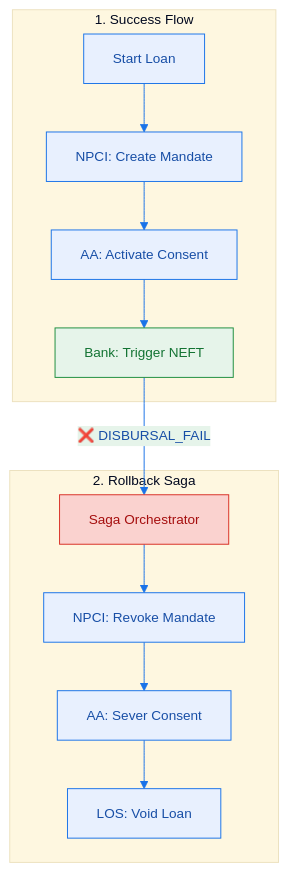
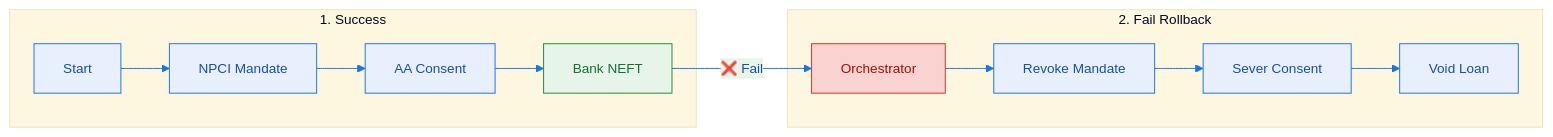
The diagram in cases/tier-1-core/02-b2b-bnpl-checkout/solution.md (VIKAS9793/FinTech-Hub), drawn with Mermaid before and after one commit. The commit also changed other lines of this file and 2 other files, not shown here.

Commit message:
Docs: Complete redesign of architectural diagrams for Horizontal (LR) aspect and high reachability

````diff
--- a/cases/tier-1-core/02-b2b-bnpl-checkout/solution.md
+++ b/cases/tier-1-core/02-b2b-bnpl-checkout/solution.md
@@ -8,31 +8,31 @@
 ```mermaid
 ---
 config:
   theme: base
   themeVariables:
     primaryColor: "#E8F0FE"
     primaryTextColor: "#174EA6"
     primaryBorderColor: "#1A73E8"
     lineColor: "#1A73E8"
     secondaryColor: "#E6F4EA"
     tertiaryColor: "#FEF7E0"
     fontSize: "14px"
     fontFamily: "Inter, Roboto, sans-serif"
 ---
-graph TD
-    subgraph Happy_Path [1. Success Flow]
-        A[Start Loan] --> B[NPCI: Create Mandate]
-        B --> C[AA: Activate Consent]
-        C --> D[Bank: Trigger NEFT]
+graph LR
+    subgraph Success_Flow [1. Success]
+        A[Start] --> B[NPCI Mandate]
+        B --> C[AA Consent]
+        C --> D[Bank NEFT]
     end
 
-    subgraph Compensating_Transactions [2. Rollback Saga]
-        D -- "❌ DISBURSAL_FAIL" --> E[Saga Orchestrator]
-        E --> F[NPCI: Revoke Mandate]
-        F --> G[AA: Sever Consent]
-        G --> H[LOS: Void Loan]
+    subgraph Rollback_Saga [2. Fail Rollback]
+        D -- "❌ Fail" --> E[Orchestrator]
+        E --> F[Revoke Mandate]
+        F --> G[Sever Consent]
+        G --> H[Void Loan]
     end
 
     style E fill:#FAD2CF,stroke:#D93025,color:#A50E0E
     style D fill:#E6F4EA,stroke:#1E8E3E,color:#137333
 ```
````
